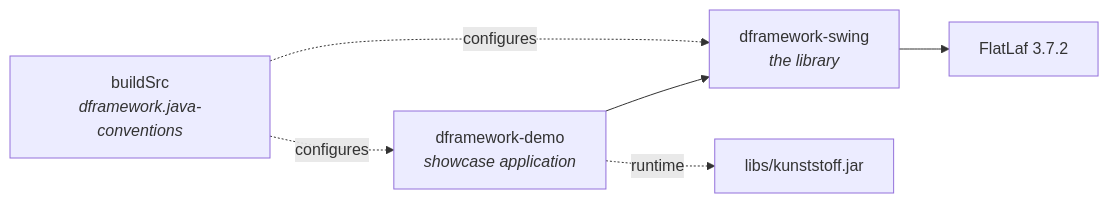
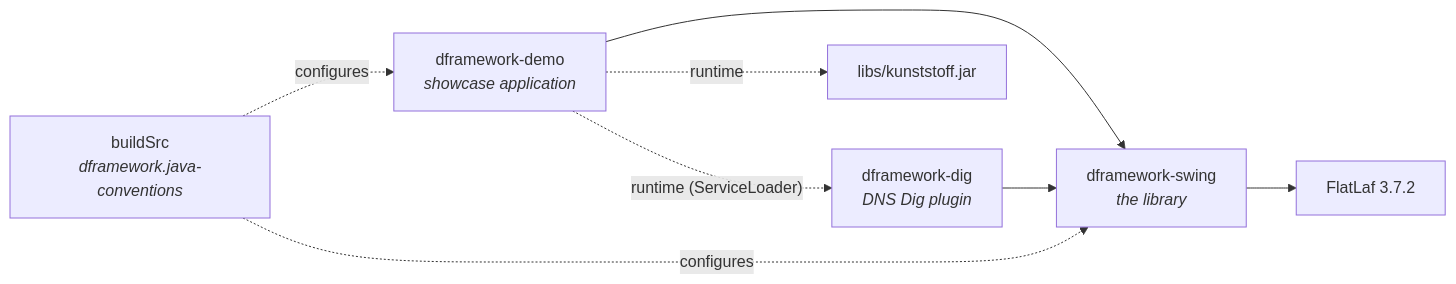
One commit to dalixinc/dframework changed the diagram in docs/TECHNICAL_MANUAL.md. Above: the diagram before and after it, drawn with Mermaid. The commit also changed other lines of this file and 38 other files, not shown here.

````diff
--- a/docs/TECHNICAL_MANUAL.md
+++ b/docs/TECHNICAL_MANUAL.md
@@ -129,8 +129,10 @@
 ```mermaid
 graph LR
     demo["dframework-demo<br/><i>showcase application</i>"] --> swing["dframework-swing<br/><i>the library</i>"]
+    dig["dframework-dig<br/><i>DNS Dig plugin</i>"] --> swing
     swing --> flatlaf["FlatLaf 3.7.2"]
     demo -. runtime .-> kunst["libs/kunststoff.jar"]
+    demo -. "runtime (ServiceLoader)" .-> dig
     buildSrc["buildSrc<br/><i>dframework.java-conventions</i>"] -. configures .-> swing
     buildSrc -. configures .-> demo
 ```
````
